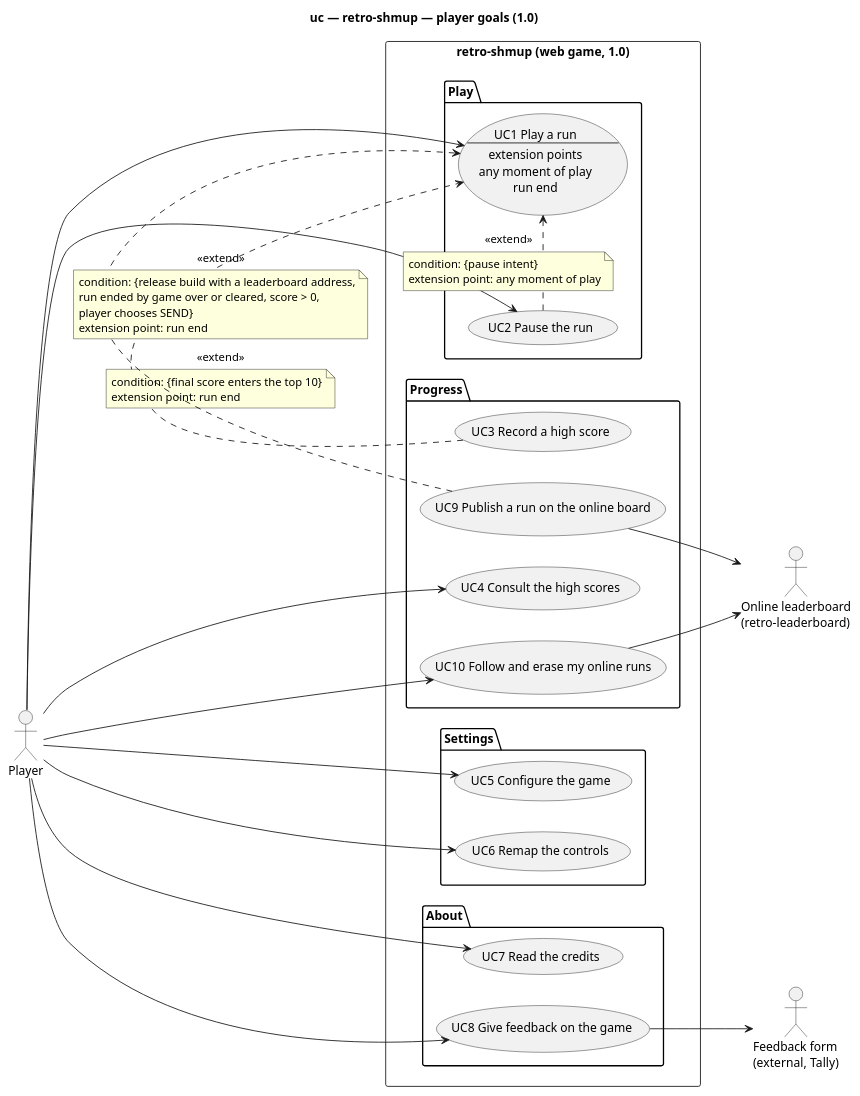
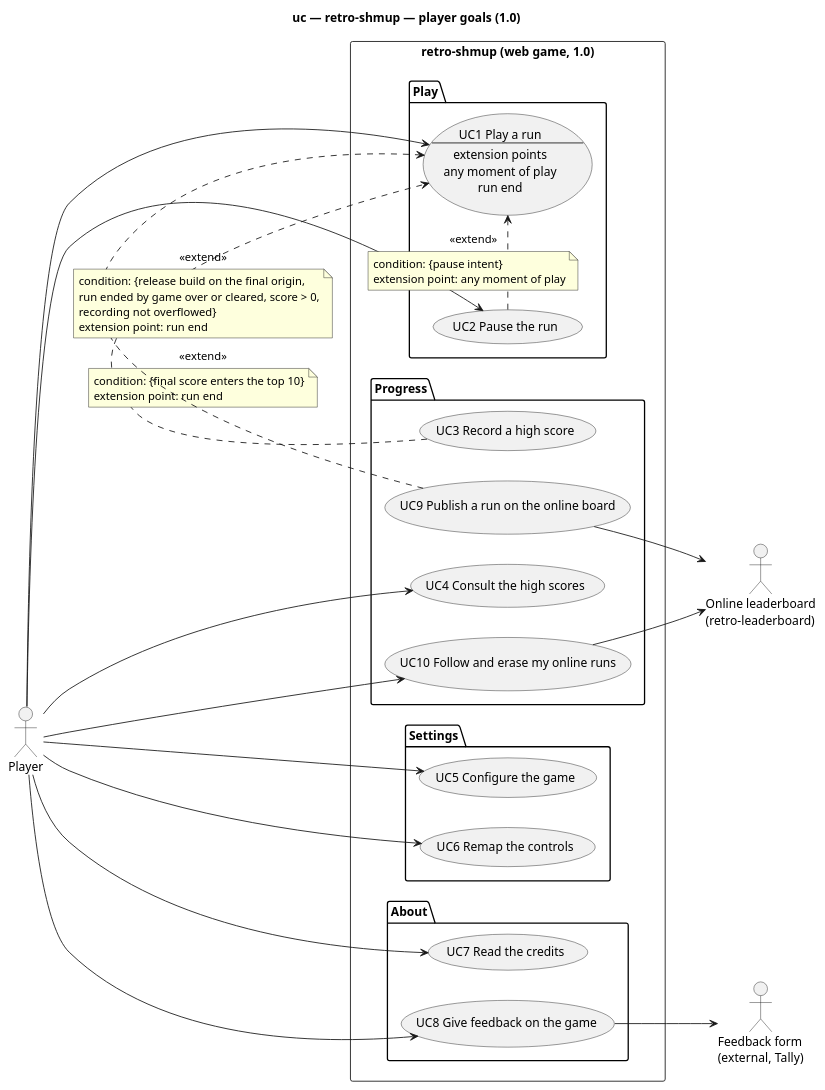
The diagram in docs/architecture/diagrams/system/01-use-case.puml (benoit-bremaud/retro-shmup), drawn with PlantUML before and after one commit. The commit also changed 17 other files, not shown here.

First line of the commit message:
docs(design): address the pre-push review of the online leaderboard design (#167)

```diff
--- a/docs/architecture/diagrams/system/01-use-case.puml
+++ b/docs/architecture/diagrams/system/01-use-case.puml
@@ -1,67 +1,67 @@
 @startuml 01-use-case
 title uc — retro-shmup — player goals (1.0)
 left to right direction
 skinparam shadowing false
 
 actor "Player" as Player
 actor "Feedback form\n(external, Tally)" as FeedbackForm
 actor "Online leaderboard\n(retro-leaderboard)" as Leaderboard
 
 rectangle "retro-shmup (web game, 1.0)" {
   package "Play" {
     usecase UC1 as "UC1 Play a run
     --
     extension points
     any moment of play
     run end"
     usecase "UC2 Pause the run" as UC2
   }
   package "Progress" {
     usecase "UC3 Record a high score" as UC3
     usecase "UC4 Consult the high scores" as UC4
     usecase "UC9 Publish a run on the online board" as UC9
     usecase "UC10 Follow and erase my online runs" as UC10
   }
   package "Settings" {
     usecase "UC5 Configure the game" as UC5
     usecase "UC6 Remap the controls" as UC6
   }
   package "About" {
     usecase "UC7 Read the credits" as UC7
     usecase "UC8 Give feedback on the game" as UC8
   }
 }
 
 Player --> UC1
 Player --> UC2
 Player --> UC4
 Player --> UC5
 Player --> UC6
 Player --> UC7
 Player --> UC8
 Player --> UC10
 UC8 --> FeedbackForm
 UC9 --> Leaderboard
 UC10 --> Leaderboard
 
 ' layout only: keep Progress next to Play
 UC2 -[hidden]- UC3
 
 UC2 .> UC1 : <<extend>>
 note on link
   condition: {pause intent}
   extension point: any moment of play
 end note
 UC3 .> UC1 : <<extend>>
 note on link
   condition: {final score enters the top 10}
   extension point: run end
 end note
 UC9 .> UC1 : <<extend>>
 note on link
-  condition: {release build with a leaderboard address,
+  condition: {release build on the final origin,
   run ended by game over or cleared, score > 0,
-  player chooses SEND}
+  recording not overflowed}
   extension point: run end
 end note
 @enduml
```
